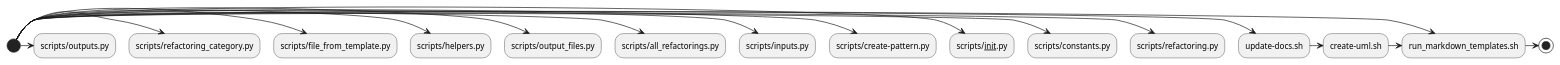
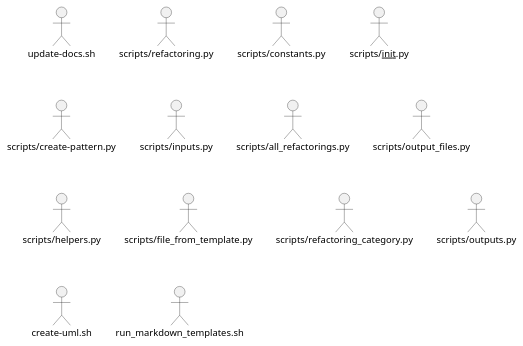
One commit to claremacrae/RefactoringSamples changed the diagram in uml/Scripts/Scripts.puml. Above: the diagram before and after it, drawn with PlantUML.

Commit message:
Quote script names, to get valid syntax

```diff
--- a/uml/Scripts/Scripts.puml
+++ b/uml/Scripts/Scripts.puml
@@ -1,19 +1,18 @@
 @startuml
-(*top) -> update-docs.sh
--> create-uml.sh
--> run_markdown_templates.sh
--> (*)
 
-(*) -> scripts/refactoring.py
-(*) -> scripts/constants.py
-(*) -> scripts/__init__.py
-(*) -> scripts/create-pattern.py
-(*) -> scripts/inputs.py
-(*) -> scripts/all_refactorings.py
-(*) -> scripts/output_files.py
-(*) -> scripts/helpers.py
-(*) -> scripts/file_from_template.py
-(*) -> scripts/refactoring_category.py
-(*) -> scripts/outputs.py
-(*) -> run_markdown_templates.sh
+"update-docs.sh"
+"scripts/refactoring.py"
+"scripts/constants.py"
+"scripts/__init__.py"
+"scripts/create-pattern.py"
+"scripts/inputs.py"
+"scripts/all_refactorings.py"
+"scripts/output_files.py"
+"scripts/helpers.py"
+"scripts/file_from_template.py"
+"scripts/refactoring_category.py"
+"scripts/outputs.py"
+"create-uml.sh"
+"run_markdown_templates.sh"
+
 @enduml
```
